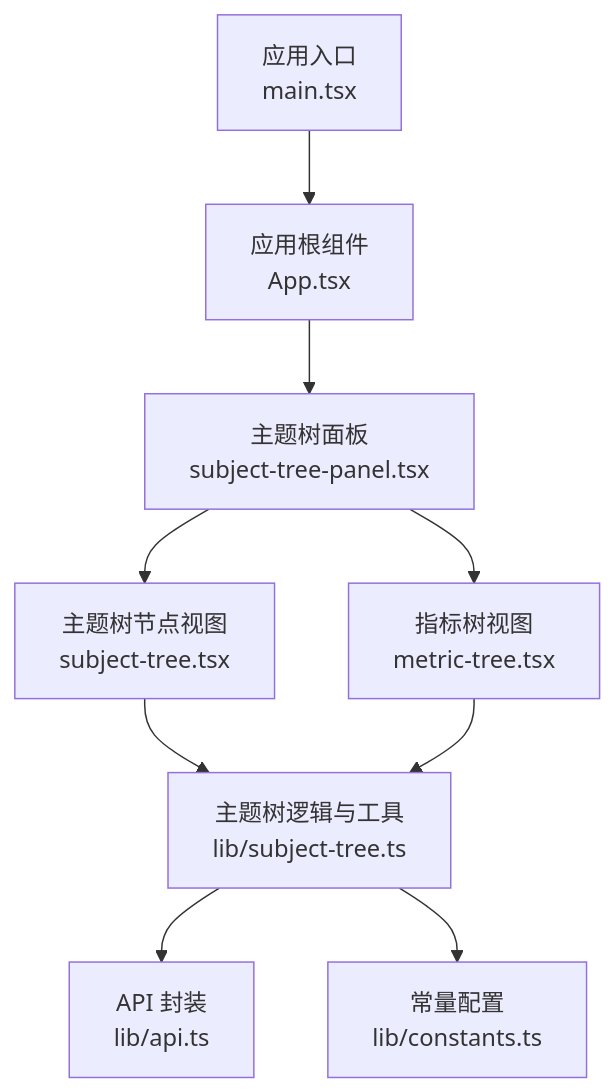
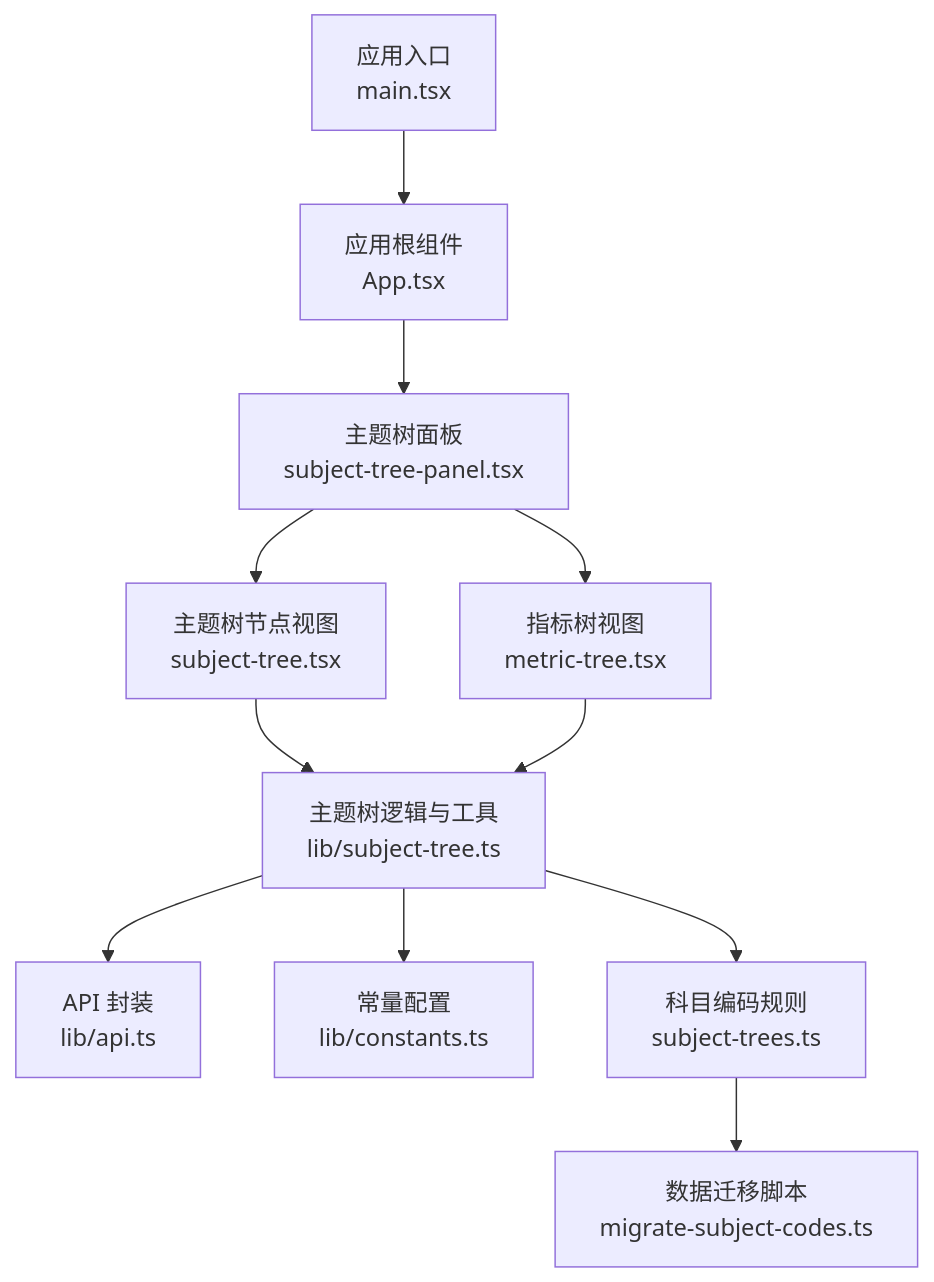
The first of 10 diagrams in .qoder/repowiki/zh/content/架构设计/组件架构/业务组件/主题树系统.md (Damao997/newproject), drawn with Mermaid before and after one commit. The commit also changed other lines of this file and 10 other files, not shown here.

````diff
--- a/.qoder/repowiki/zh/content/架构设计/组件架构/业务组件/主题树系统.md
+++ b/.qoder/repowiki/zh/content/架构设计/组件架构/业务组件/主题树系统.md
@@ -38,11 +48,13 @@
 ```mermaid
 graph TB
 A["应用入口<br/>main.tsx"] --> B["应用根组件<br/>App.tsx"]
 B --> C["主题树面板<br/>subject-tree-panel.tsx"]
 C --> D["主题树节点视图<br/>subject-tree.tsx"]
 C --> E["指标树视图<br/>metric-tree.tsx"]
 D --> F["主题树逻辑与工具<br/>lib/subject-tree.ts"]
 E --> F
 F --> G["API 封装<br/>lib/api.ts"]
 F --> H["常量配置<br/>lib/constants.ts"]
+F --> I["科目编码规则<br/>subject-trees.ts"]
+I --> J["数据迁移脚本<br/>migrate-subject-codes.ts"]
 ```
````
